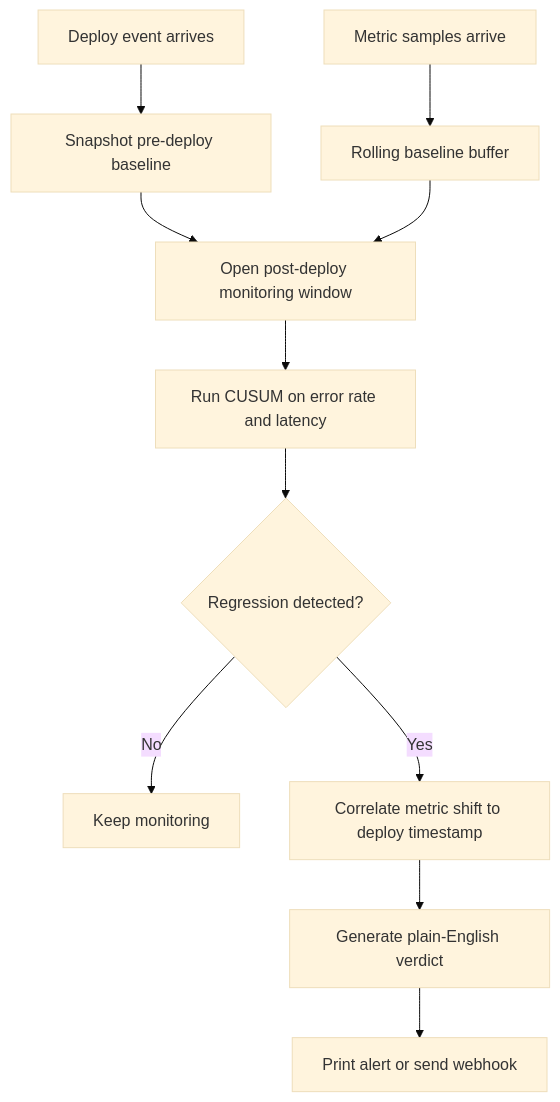
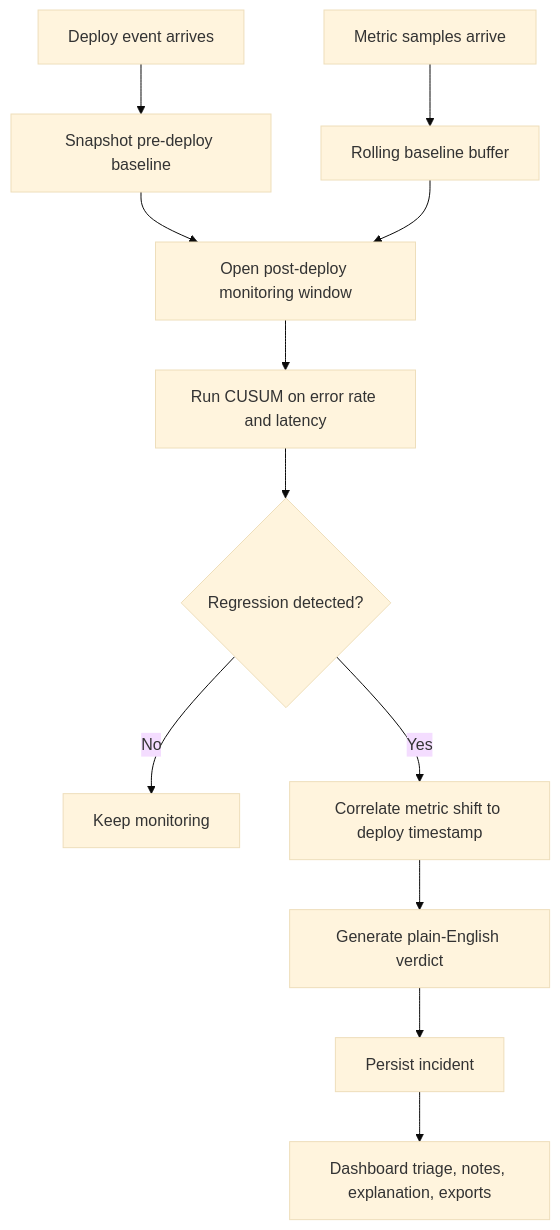
One commit to deepti-96/WatchDog changed the first of 2 diagrams in README.md. Above: the diagram before and after it, drawn with Mermaid (base theme). The commit also changed other lines of this file and 14 other files, not shown here.

````diff
--- a/README.md
+++ b/README.md
@@ -26,13 +30,14 @@
 ```mermaid
 flowchart TD
     A["Metric samples arrive"] --> B["Rolling baseline buffer"]
     C["Deploy event arrives"] --> D["Snapshot pre-deploy baseline"]
     D --> E["Open post-deploy monitoring window"]
     B --> E
     E --> F["Run CUSUM on error rate and latency"]
     F --> G{"Regression detected?"}
     G -- "No" --> H["Keep monitoring"]
     G -- "Yes" --> I["Correlate metric shift to deploy timestamp"]
     I --> J["Generate plain-English verdict"]
-    J --> K["Print alert or send webhook"]
+    J --> K["Persist incident"]
+    K --> L["Dashboard triage, notes, explanation, exports"]
 ```
````
